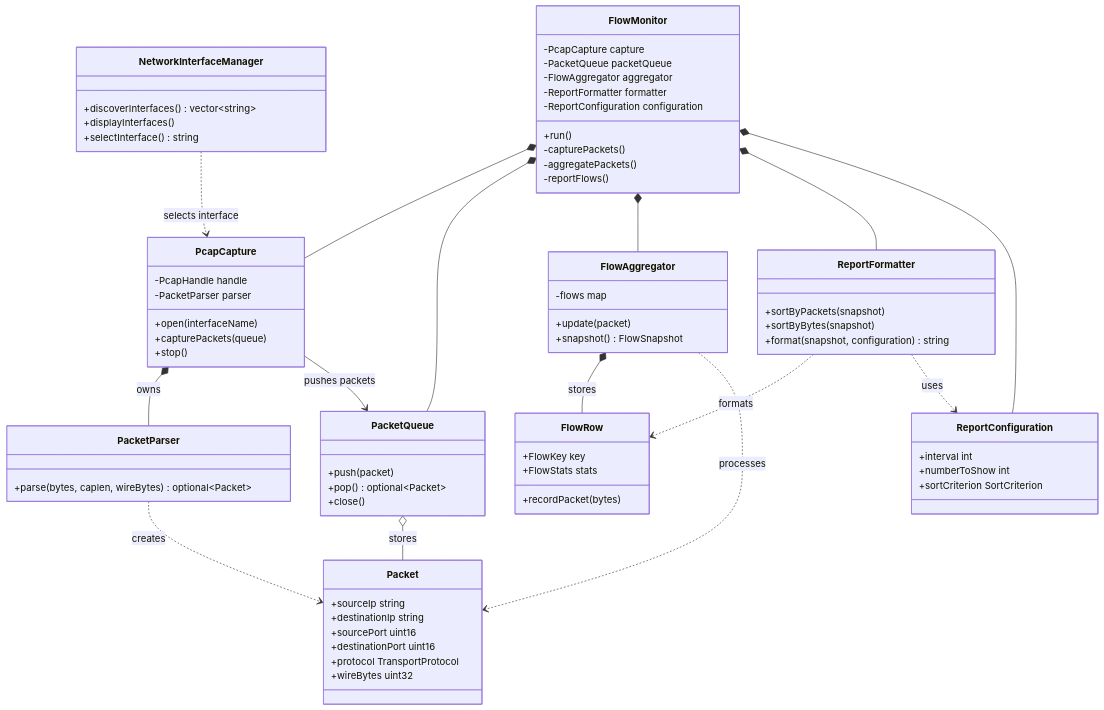
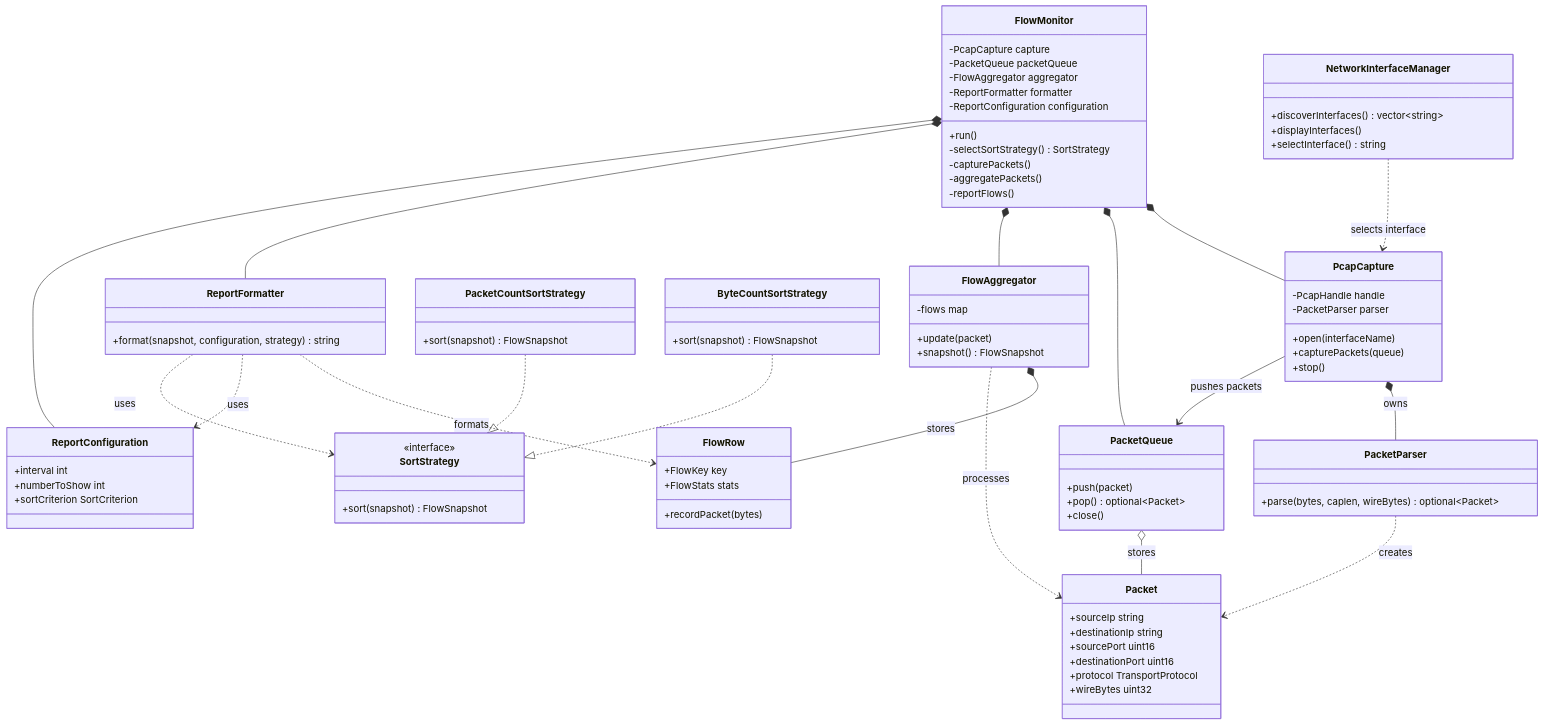
One commit to ewalburger/CS3460_Project changed the diagram in design.md. Above: the diagram before and after it, drawn with Mermaid. The commit also changed other lines of this file, not shown here.

````diff
--- a/design.md
+++ b/design.md
@@ -66,7 +72,6 @@
         +displayInterfaces()
         +selectInterface() string
     }
-
 
     class PcapCapture {
         -PcapHandle handle
@@ -113,10 +118,21 @@
         +sortCriterion SortCriterion
     }
 
+    class SortStrategy {
+        <<interface>>
+        +sort(snapshot) FlowSnapshot
+    }
+
+    class PacketCountSortStrategy {
+        +sort(snapshot) FlowSnapshot
+    }
+
+    class ByteCountSortStrategy {
+        +sort(snapshot) FlowSnapshot
+    }
+
     class ReportFormatter {
-        +sortByPackets(snapshot)
-        +sortByBytes(snapshot)
-        +format(snapshot, configuration) string
+        +format(snapshot, configuration, strategy) string
     }
 
     class FlowMonitor {
@@ -126,6 +142,7 @@
         -ReportFormatter formatter
         -ReportConfiguration configuration
         +run()
+        -selectSortStrategy() SortStrategy
         -capturePackets()
         -aggregatePackets()
         -reportFlows()
@@ -145,5 +162,7 @@
     FlowAggregator ..> Packet : processes
     ReportFormatter ..> FlowRow : formats
     ReportFormatter ..> ReportConfiguration : uses
-
+    ReportFormatter ..> SortStrategy : uses
+    PacketCountSortStrategy ..|> SortStrategy
+    ByteCountSortStrategy ..|> SortStrategy
 ```
````
